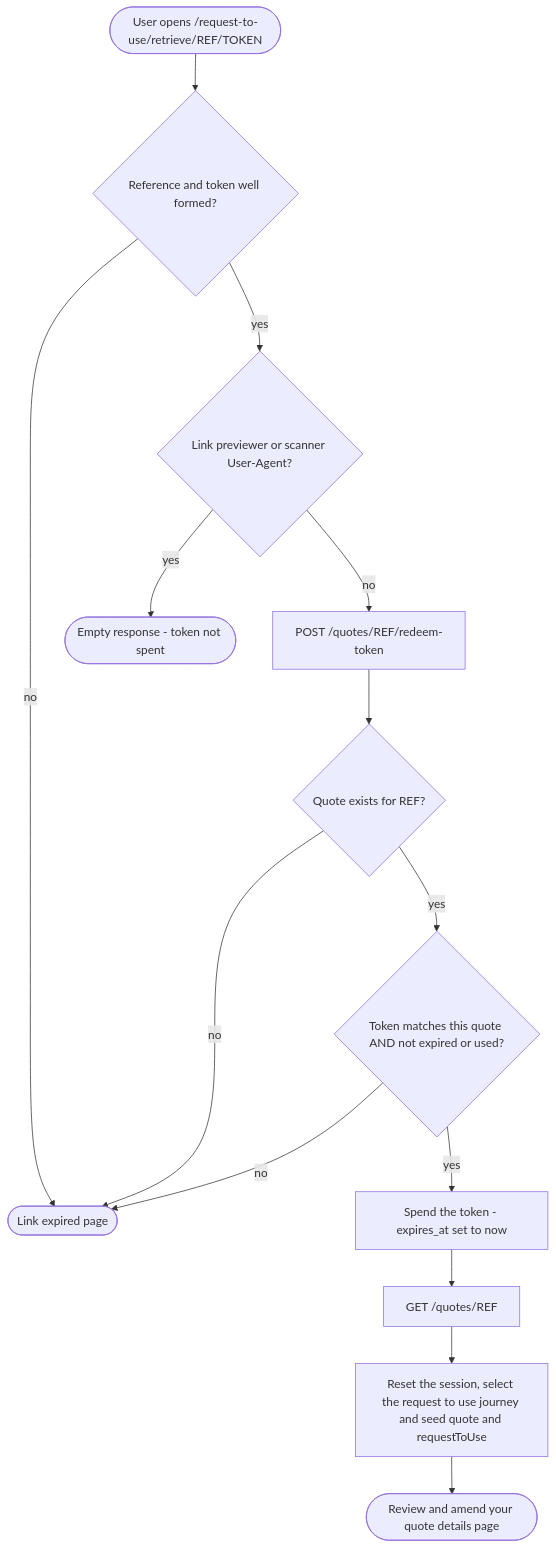
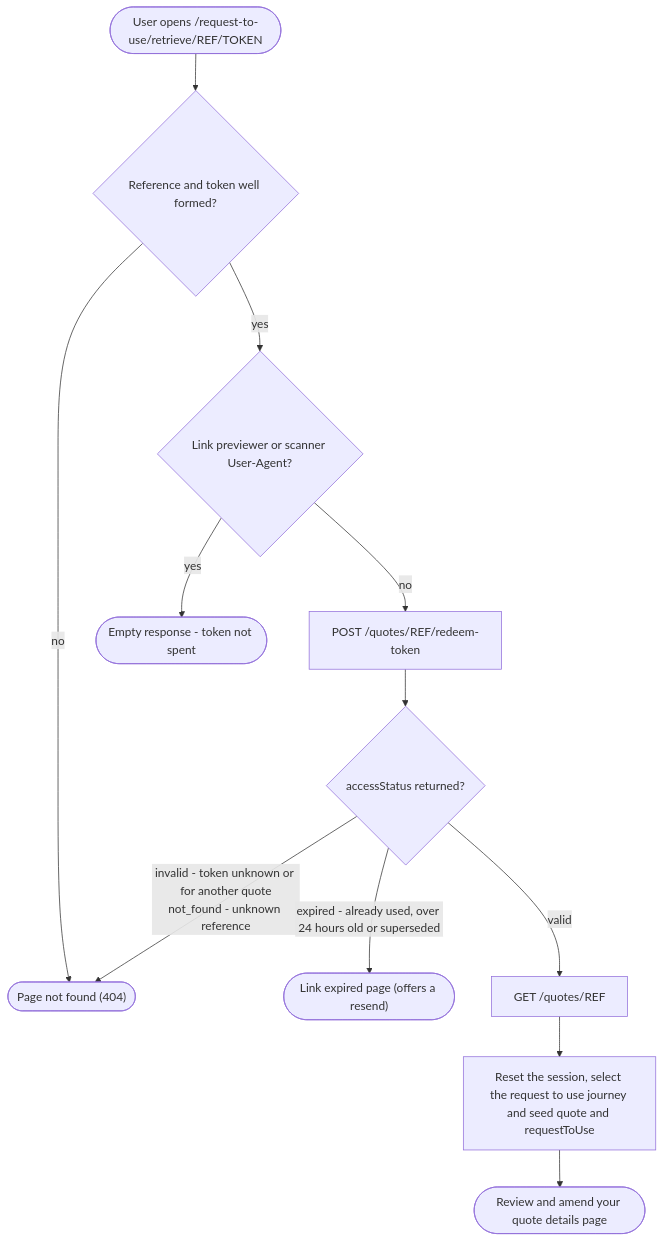
One commit to DEFRA/nrf-solution changed the second of 2 diagrams in docs/features/magic-links/access-flow.md. Above: the diagram before and after it, drawn with Mermaid. The commit also changed other lines of this file and 12 other files, not shown here.

````diff
--- a/docs/features/magic-links/access-flow.md
+++ b/docs/features/magic-links/access-flow.md
@@ -29,20 +29,17 @@
 ```mermaid
 flowchart TD
   open(["User opens /request-to-use/retrieve/REF/TOKEN"]) --> format{"Reference and token well formed?"}
-  format -- no --> expired(["Link expired page"])
+  format -- no --> notfound(["Page not found (404)"])
 
   format -- yes --> bot{"Link previewer or scanner User-Agent?"}
   bot -- yes --> stub(["Empty response - token not spent"])
 
   bot -- no --> redeem["POST /quotes/REF/redeem-token"]
-  redeem --> quote{"Quote exists for REF?"}
-  quote -- no --> expired
+  redeem --> status{"accessStatus returned?"}
+  status -- "invalid - token unknown or for another quote<br/>not_found - unknown reference" --> notfound
+  status -- "expired - already used, over 24 hours old or superseded" --> expired(["Link expired page (offers a resend)"])
+  status -- valid --> read["GET /quotes/REF"]
 
-  quote -- yes --> atomic{"Token matches this quote AND not expired or used?"}
-  atomic -- no --> expired
-  atomic -- yes --> spend["Spend the token - expires_at set to now"]
-
-  spend --> read["GET /quotes/REF"]
   read --> seed["Reset the session, select the request to use journey and seed quote and requestToUse"]
   seed --> review(["Review and amend your quote details page"])
 ```
````
